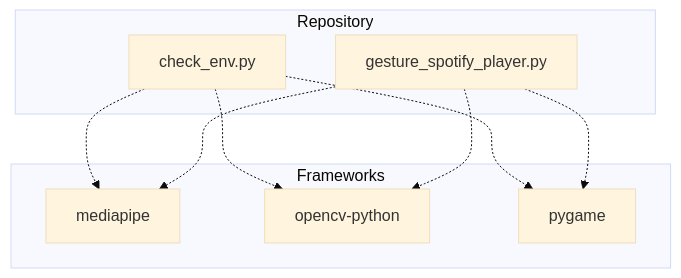
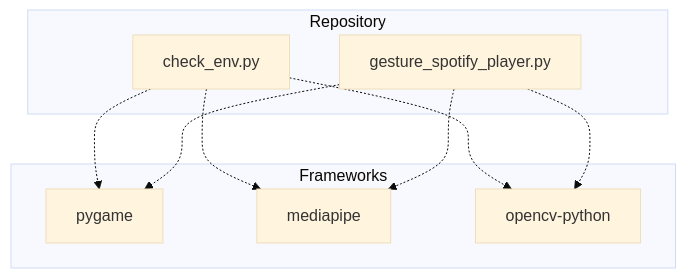
The first of 2 diagrams in README.md (NITISH-R-G/PalmPlay1), drawn with Mermaid (base theme) before and after one commit. The commit also changed other lines of this file and 3 other files, not shown here.

Commit message:
docs: update repository documentation and diagrams [skip ci]

````diff
--- a/README.md
+++ b/README.md
@@ -39,20 +39,20 @@
 ```mermaid
 graph TD
     subgraph Repository
         check_env_py[check_env.py]
         gesture_spotify_player_py[gesture_spotify_player.py]
         click check_env_py href "https://github.com/NITISH-R-G/PalmPlay1/blob/main/check_env.py" "View source code"
         click gesture_spotify_player_py href "https://github.com/NITISH-R-G/PalmPlay1/blob/main/gesture_spotify_player.py" "View source code"
     end
     subgraph Frameworks
+        fw_pygame[pygame]
         fw_mediapipe[mediapipe]
         fw_opencv_python[opencv-python]
-        fw_pygame[pygame]
     end
+    check_env_py -.-> fw_pygame
     check_env_py -.-> fw_mediapipe
     check_env_py -.-> fw_opencv_python
-    check_env_py -.-> fw_pygame
+    gesture_spotify_player_py -.-> fw_pygame
     gesture_spotify_player_py -.-> fw_mediapipe
     gesture_spotify_player_py -.-> fw_opencv_python
-    gesture_spotify_player_py -.-> fw_pygame
 ```
````
